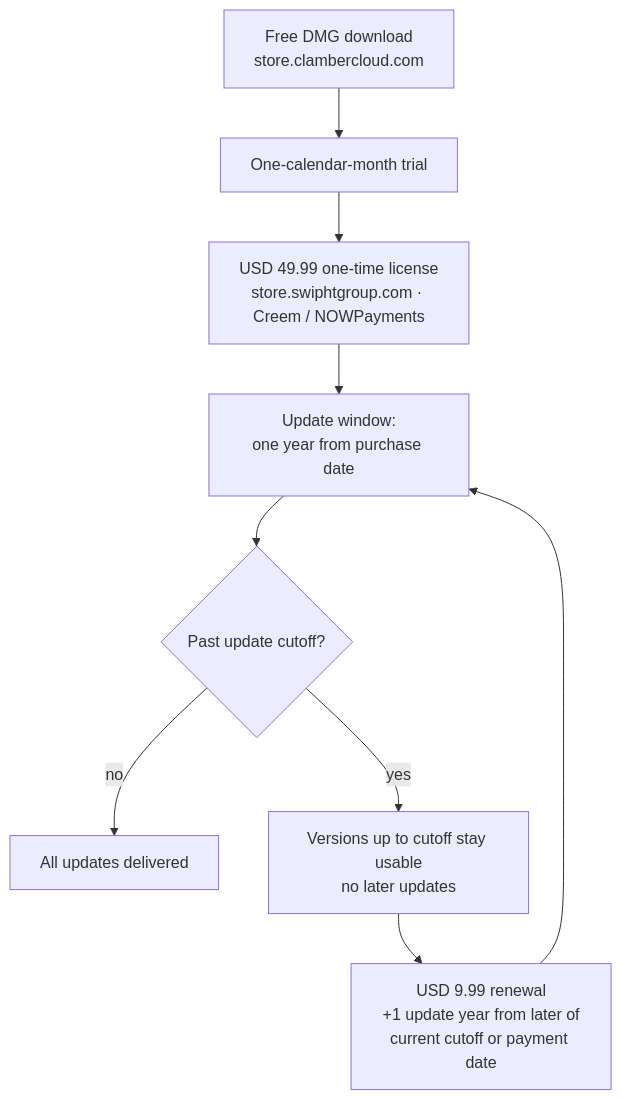
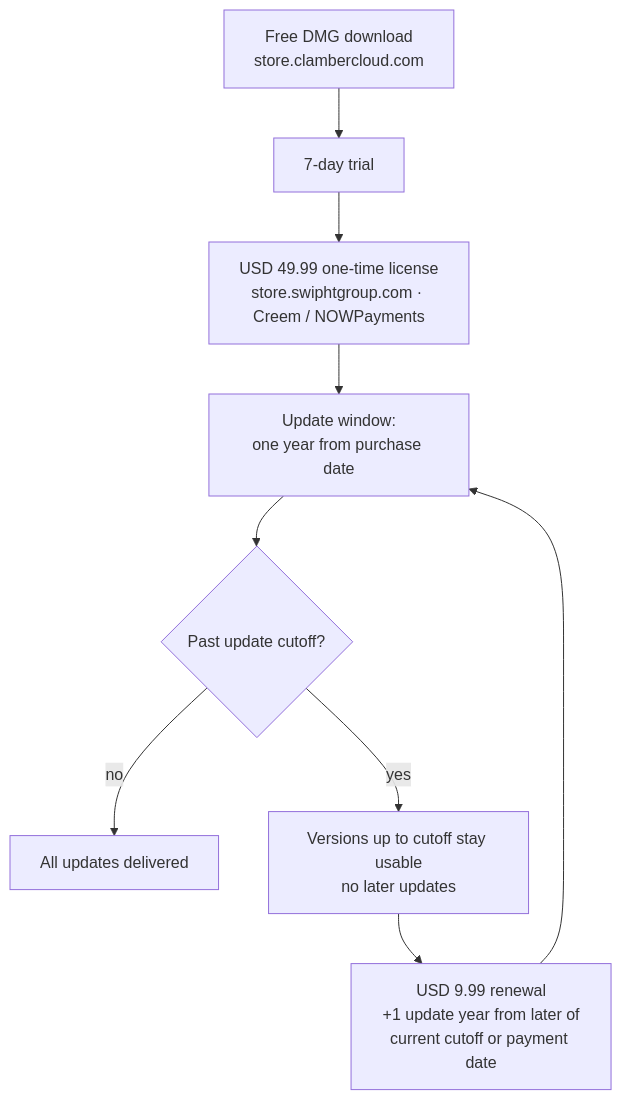
Before and after one commit to JohnThre/clambhook: the diagram in docs/distribution.md, drawn with Mermaid. The commit also changed other lines of this file and 26 other files, not shown here.

````diff
--- a/docs/distribution.md
+++ b/docs/distribution.md
@@ -7,11 +7,11 @@
 ```mermaid
 flowchart TD
-    dl["Free DMG download<br/>store.clambercloud.com"] --> trial["One-calendar-month trial"]
+    dl["Free DMG download<br/>store.clambercloud.com"] --> trial["7-day trial"]
     trial --> buy["USD 49.99 one-time license<br/>store.swiphtgroup.com · Creem / NOWPayments"]
     buy --> window["Update window:<br/>one year from purchase date"]
     window --> cutoff{Past update cutoff?}
     cutoff -->|no| updates["All updates delivered"]
     cutoff -->|yes| frozen["Versions up to cutoff stay usable<br/>no later updates"]
     frozen --> renew["USD 9.99 renewal<br/>+1 update year from later of<br/>current cutoff or payment date"]
     renew --> window
 ```
````
